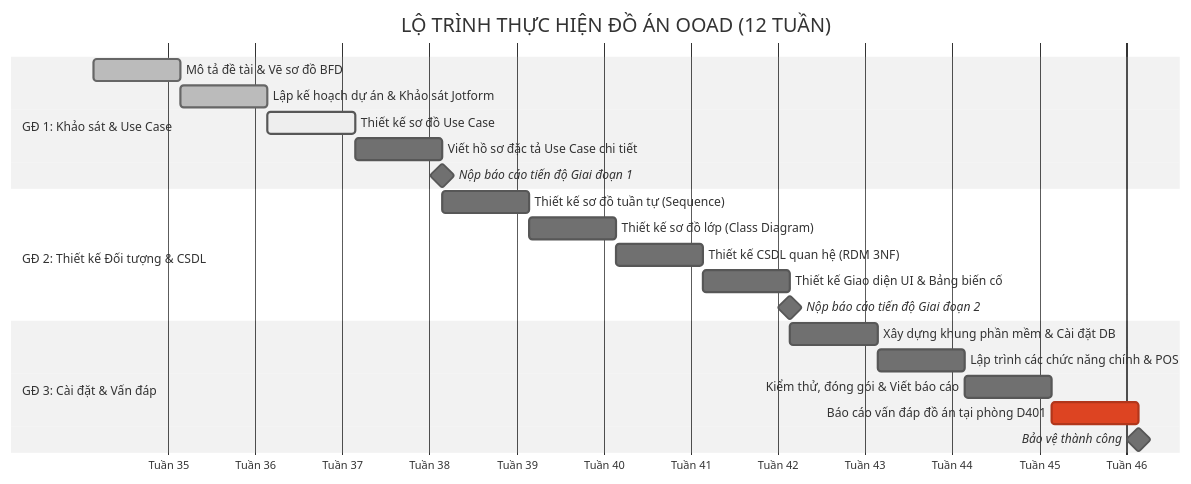
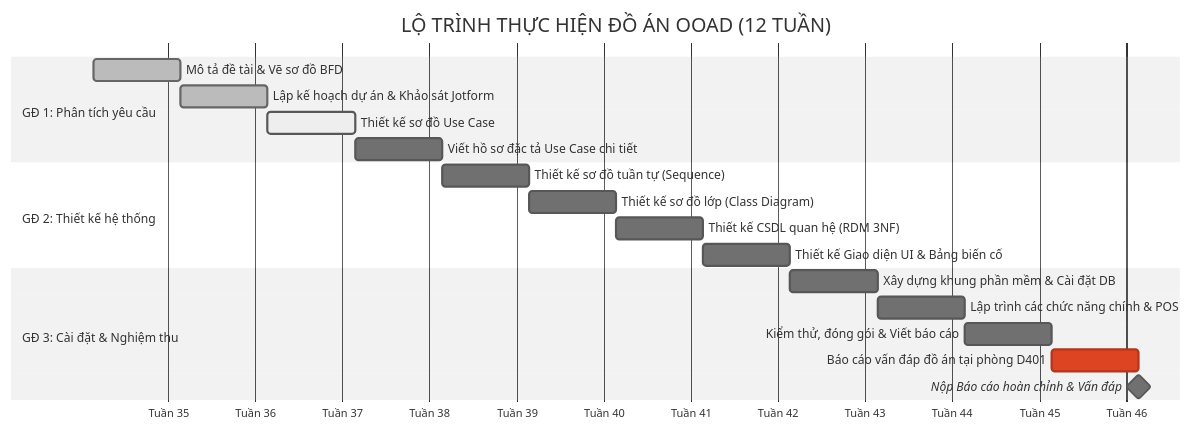
Before and after one commit to nphat-code/DoAn-OOAD-SGU: the diagram in BTH/BTH2_KeHoach_KhaoSat/BTH2_KeHoach_KhaoSat.md, drawn with Mermaid (neutral theme). The commit also changed other lines of this file, not shown here.

````diff
--- a/BTH/BTH2_KeHoach_KhaoSat/BTH2_KeHoach_KhaoSat.md
+++ b/BTH/BTH2_KeHoach_KhaoSat/BTH2_KeHoach_KhaoSat.md
@@ -12,27 +12,25 @@
 ```mermaid
 gantt
     title LỘ TRÌNH THỰC HIỆN ĐỒ ÁN OOAD (12 TUẦN)
     dateFormat  YYYY-MM-DD
     axisFormat  Tuần %W
 
-    section GĐ 1: Khảo sát & Use Case
+    section GĐ 1: Phân tích yêu cầu
     Mô tả đề tài & Vẽ sơ đồ BFD           :done, t1, 2025-09-01, 7d
     Lập kế hoạch dự án & Khảo sát Jotform :done, t2, after t1, 7d
     Thiết kế sơ đồ Use Case               :active, t3, after t2, 7d
     Viết hồ sơ đặc tả Use Case chi tiết   :t4, after t3, 7d
-    Nộp báo cáo tiến độ Giai đoạn 1       :milestone, m1, after t4, 0d
 
-    section GĐ 2: Thiết kế Đối tượng & CSDL
+    section GĐ 2: Thiết kế hệ thống
     Thiết kế sơ đồ tuần tự (Sequence)     :t5, after t4, 7d
     Thiết kế sơ đồ lớp (Class Diagram)    :t6, after t5, 7d
     Thiết kế CSDL quan hệ (RDM 3NF)       :t7, after t6, 7d
     Thiết kế Giao diện UI & Bảng biến cố  :t8, after t7, 7d
-    Nộp báo cáo tiến độ Giai đoạn 2       :milestone, m2, after t8, 0d
 
-    section GĐ 3: Cài đặt & Vấn đáp
+    section GĐ 3: Cài đặt & Nghiệm thu
     Xây dựng khung phần mềm & Cài đặt DB  :t9, after t8, 7d
     Lập trình các chức năng chính & POS   :t10, after t9, 7d
     Kiểm thử, đóng gói & Viết báo cáo     :t11, after t10, 7d
     Báo cáo vấn đáp đồ án tại phòng D401  :crit, t12, after t11, 7d
-    Bảo vệ thành công                     :milestone, m3, after t12, 0d
+    Nộp Báo cáo hoàn chỉnh & Vấn đáp      :milestone, m_end, after t12, 0d
 ```
````
